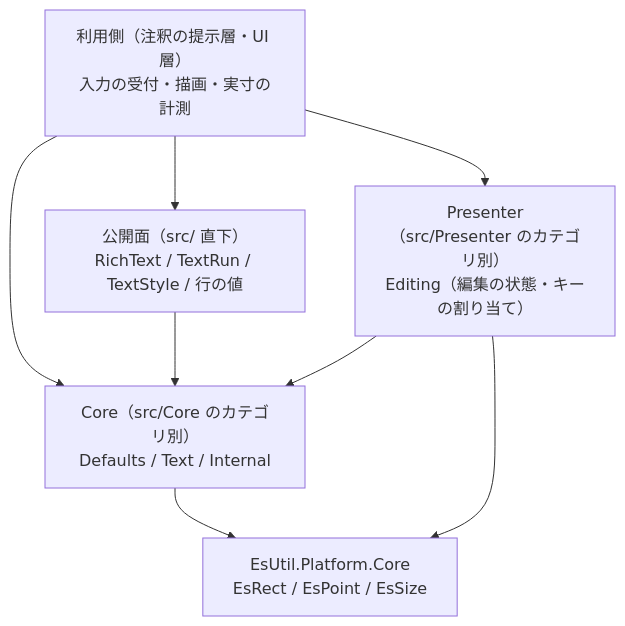
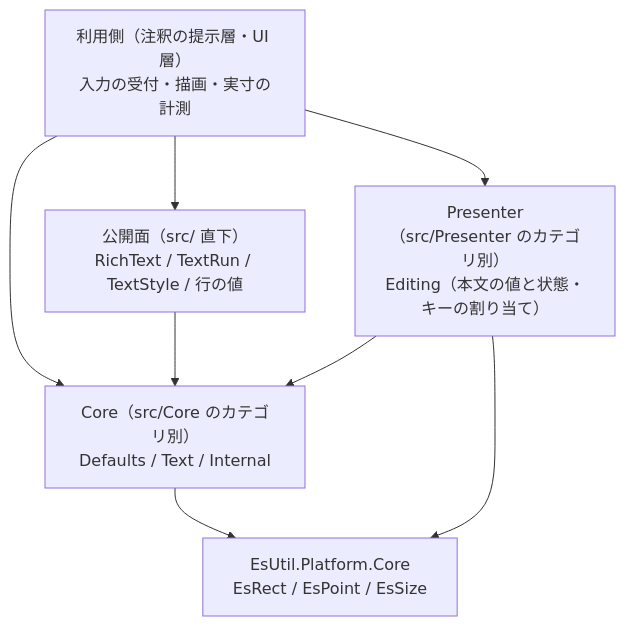
Before and after one commit to tomokuni/EsUtil: the diagram in EsUtil/Feature.StyledText.Core/docs/SPEC_System.md, drawn with Mermaid. The commit also changed other lines of this file and 50 other files, not shown here.

````diff
--- a/EsUtil/Feature.StyledText.Core/docs/SPEC_System.md
+++ b/EsUtil/Feature.StyledText.Core/docs/SPEC_System.md
@@ -35,15 +35,15 @@
 ```mermaid
 flowchart TB
     H["利用側（注釈の提示層・UI 層）<br/>入力の受付・描画・実寸の計測"]
     F["公開面（src/ 直下）<br/>RichText / TextRun / TextStyle / 行の値"]
     C["Core（src/Core のカテゴリ別）<br/>Defaults / Text / Internal"]
-    P["Presenter（src/Presenter のカテゴリ別）<br/>Editing（編集の状態・キーの割り当て）"]
+    P["Presenter（src/Presenter のカテゴリ別）<br/>Editing（本文の値と状態・キーの割り当て）"]
     PC["EsUtil.Platform.Core<br/>EsRect / EsPoint / EsSize"]
     H --> F
     H --> C
     H --> P
     F --> C
     C --> PC
     P --> C
     P --> PC
 ```
````
